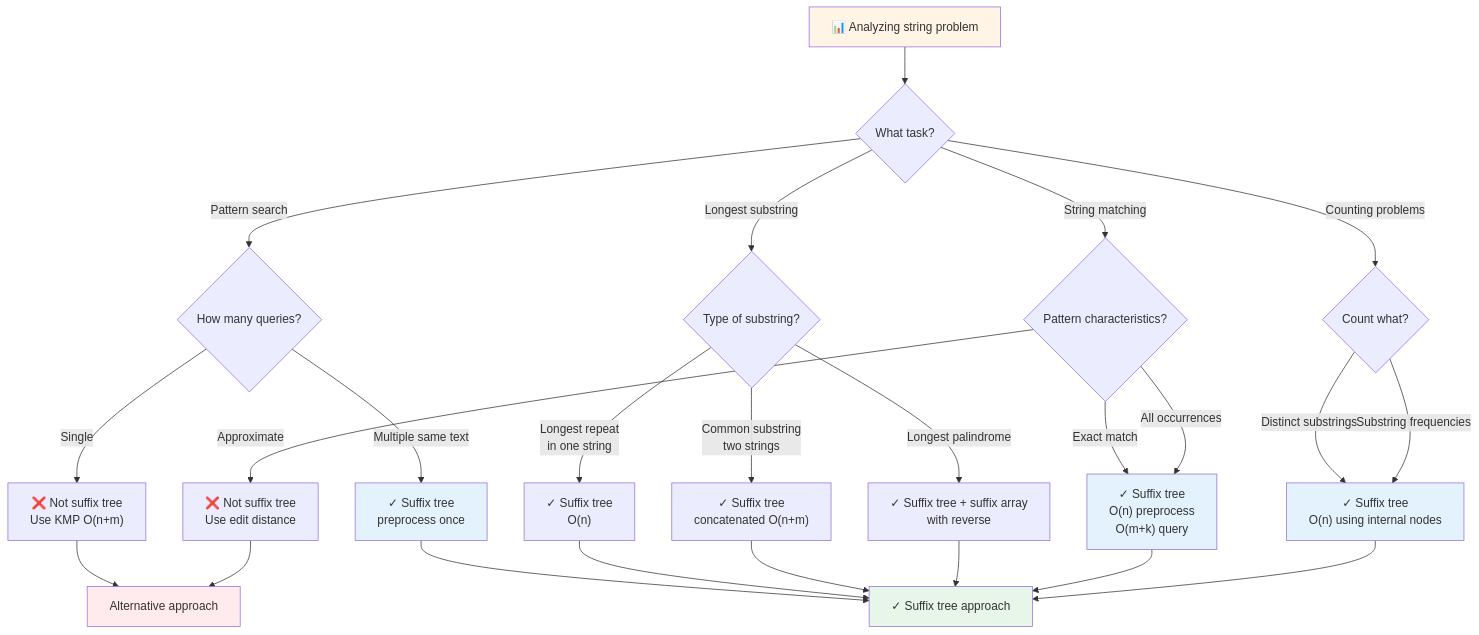
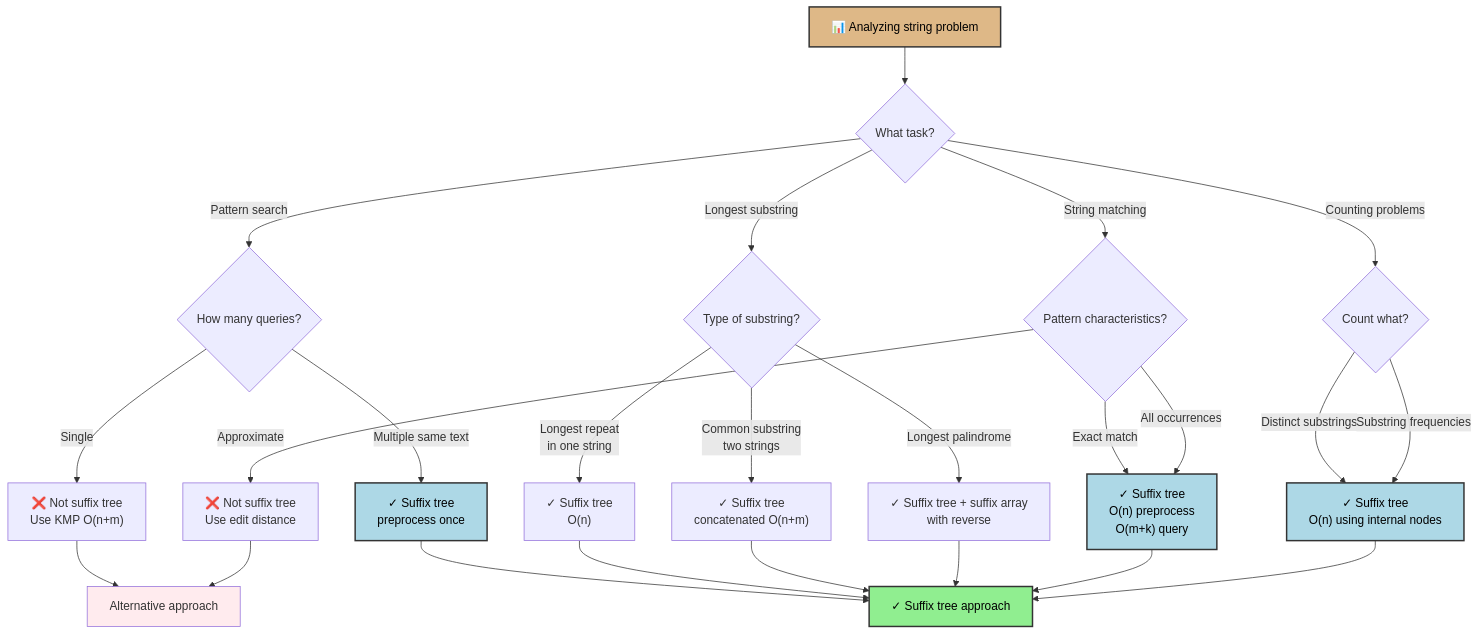
One commit to souradeepta/interviewprep changed the second of 4 diagrams in docs/advanced_ds/suffix_tree.md. Above: the diagram before and after it, drawn with Mermaid. The commit also changed other lines of this file and 31 other files, not shown here.

Commit message:
updated graphs

````diff
--- a/docs/advanced_ds/suffix_tree.md
+++ b/docs/advanced_ds/suffix_tree.md
@@ -120,34 +120,34 @@
 ```mermaid
 flowchart TD
     A["📊 Analyzing string problem"] --> B{What task?}
     B -->|Pattern search| C{How many queries?}
     C -->|Single| D["❌ Not suffix tree<br/>Use KMP O(n+m)"]
     C -->|Multiple same text| E["✓ Suffix tree<br/>preprocess once"]
     B -->|Longest substring| F{Type of substring?}
     F -->|Longest repeat<br/>in one string| G["✓ Suffix tree<br/>O(n)"]
     F -->|Common substring<br/>two strings| H["✓ Suffix tree<br/>concatenated O(n+m)"]
     F -->|Longest palindrome| I["✓ Suffix tree + suffix array<br/>with reverse"]
     B -->|String matching| J{Pattern characteristics?}
     J -->|Exact match| K["✓ Suffix tree<br/>O(n) preprocess<br/>O(m+k) query"]
     J -->|All occurrences| K
     J -->|Approximate| L["❌ Not suffix tree<br/>Use edit distance"]
     B -->|Counting problems| M{Count what?}
     M -->|Distinct substrings| N["✓ Suffix tree<br/>O(n) using internal nodes"]
     M -->|Substring frequencies| N
     
     E --> O["✓ Suffix tree approach"]
     G --> O
     H --> O
     I --> O
     K --> O
     N --> O
     D --> P["Alternative approach"]
     L --> P
     
-    style A fill:#fff4e6
-    style O fill:#e8f5e9
+    style A fill:#deb887,color:#000,stroke:#333,stroke-width:2px
+    style O fill:#90ee90,color:#000,stroke:#333,stroke-width:2px
     style P fill:#ffebee
-    style E fill:#e3f2fd
-    style K fill:#e3f2fd
-    style N fill:#e3f2fd
+    style E fill:#add8e6,color:#000,stroke:#333,stroke-width:2px
+    style K fill:#add8e6,color:#000,stroke:#333,stroke-width:2px
+    style N fill:#add8e6,color:#000,stroke:#333,stroke-width:2px
 ```
````
